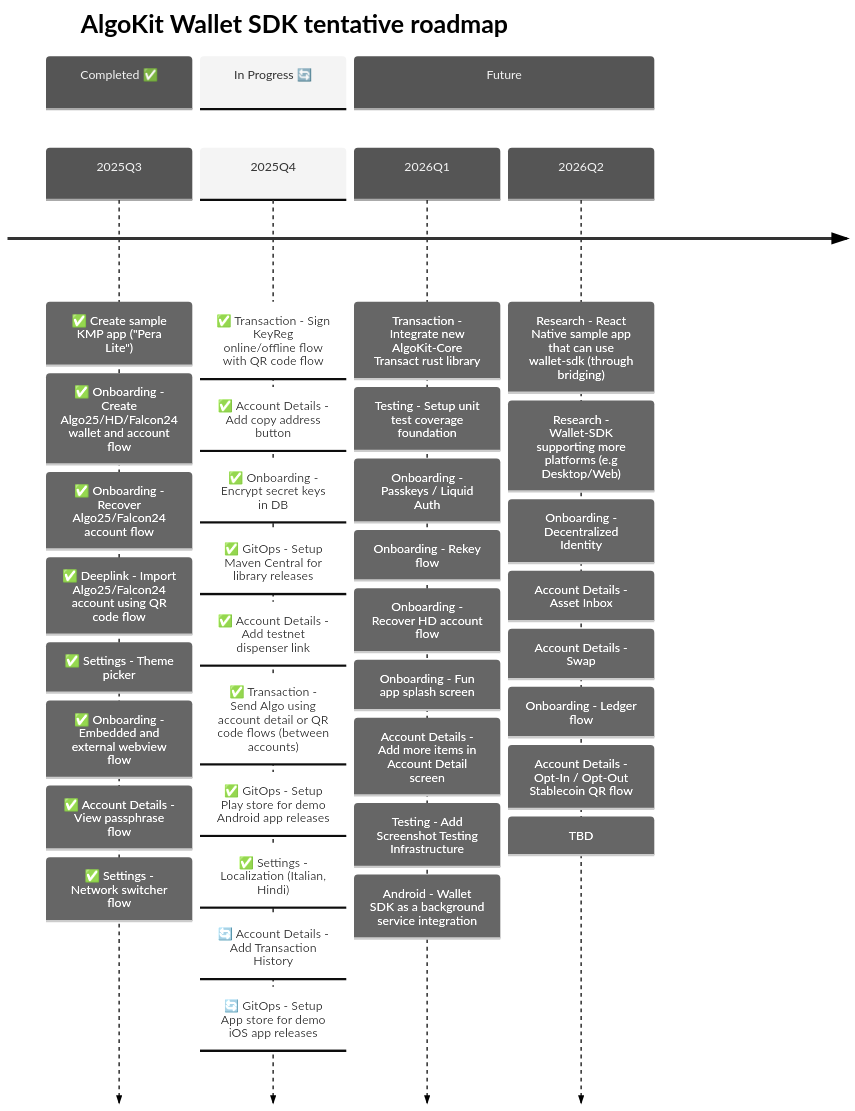
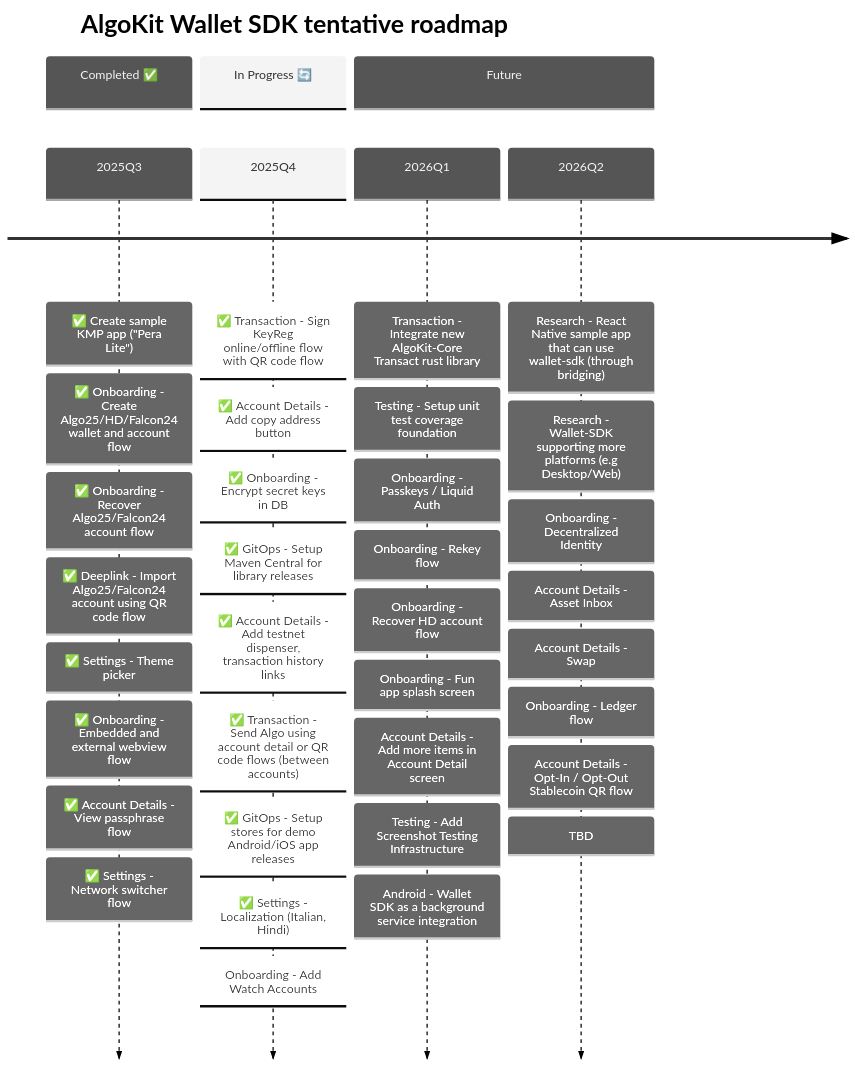
The second of 3 diagrams in README.md (michaeltchuang/algokit-walletsdk-kmp), drawn with Mermaid before and after one commit. The commit also changed 4 other files, not shown here.

Commit message:
feat: add in transaction history link in account detail options (#139)

````diff
--- a/README.md
+++ b/README.md
@@ -67,50 +67,49 @@
 ```mermaid
 ---
 config:
   theme: 'neutral'
 ---
 timeline
     title AlgoKit Wallet SDK tentative roadmap
 
     section Completed ✅
     2025Q3  : ✅ Create sample KMP app ("Pera Lite")
             : ✅ Onboarding - Create Algo25/HD/Falcon24 wallet and account flow
             : ✅ Onboarding - Recover Algo25/Falcon24 account flow
             : ✅ Deeplink - Import Algo25/Falcon24 account using QR code flow
             : ✅ Settings - Theme picker
             : ✅ Onboarding - Embedded and external webview flow
             : ✅ Account Details - View passphrase flow
             : ✅ Settings - Network switcher flow
 
     section In Progress 🔄
     2025Q4  : ✅ Transaction - Sign KeyReg online/offline flow with QR code flow
             : ✅ Account Details - Add copy address button
             : ✅ Onboarding - Encrypt secret keys in DB
             : ✅ GitOps - Setup Maven Central for library releases
-            : ✅ Account Details - Add testnet dispenser link
+            : ✅ Account Details - Add testnet dispenser, transaction history links
             : ✅ Transaction - Send Algo using account detail or QR code flows (between accounts)
-            : ✅ GitOps - Setup Play store for demo Android app releases
+            : ✅ GitOps - Setup stores for demo Android/iOS app releases
             : ✅ Settings - Localization (Italian, Hindi)
-            : 🔄 Account Details - Add Transaction History
-            : 🔄 GitOps - Setup App store for demo iOS app releases
+            : Onboarding - Add Watch Accounts
 
 
     section Future
     2026Q1  : Transaction - Integrate new AlgoKit-Core Transact rust library
             : Testing - Setup unit test coverage foundation
             : Onboarding - Passkeys / Liquid Auth
             : Onboarding - Rekey flow
             : Onboarding - Recover HD account flow
             : Onboarding - Fun app splash screen
             : Account Details - Add more items in Account Detail screen
             : Testing - Add Screenshot Testing Infrastructure
             : Android - Wallet SDK as a background service integration
     2026Q2  : Research - React Native sample app that can use wallet-sdk (through bridging)
             : Research - Wallet-SDK supporting more platforms (e.g Desktop/Web)
             : Onboarding - Decentralized Identity
             : Account Details - Asset Inbox
             : Account Details - Swap
             : Onboarding - Ledger flow
             : Account Details - Opt-In / Opt-Out Stablecoin QR flow
             : TBD
 ```
````
